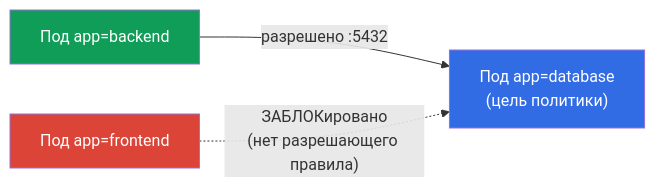
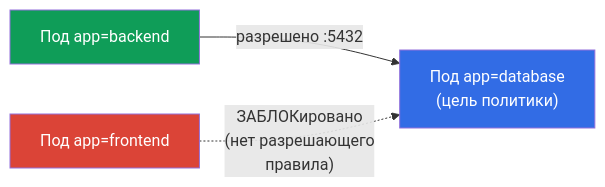
One commit to ViktorUJ/cks changed the fourth of 6 diagrams in tasks/cka/course/34/ru.md. Above: the diagram before and after it, drawn with Mermaid. The commit also changed other lines of this file and 30 other files, not shown here.

````diff
--- a/tasks/cka/course/34/ru.md
+++ b/tasks/cka/course/34/ru.md
@@ -106,8 +127,8 @@
 ```mermaid
 flowchart LR
     be["Под app=backend"] -->|"разрешено :5432"| db["Под app=database<br>(цель политики)"]
-    fe["Под app=frontend"] -.->|"ЗАБЛОКировано<br>(нет разрешающего правила)"| db
+    fe["Под app=frontend"] -.->|"ЗАБЛОКировано<br>(нет разрешающего<br>правила)"| db
     style be fill:#0f9d58,color:#fff
     style db fill:#326ce5,color:#fff
     style fe fill:#db4437,color:#fff
 ```
````
